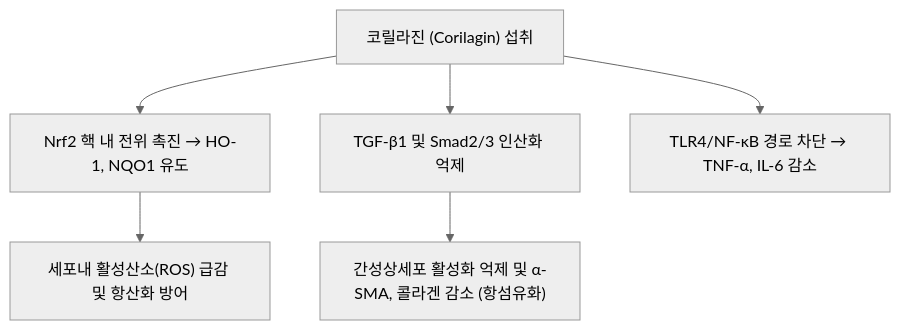
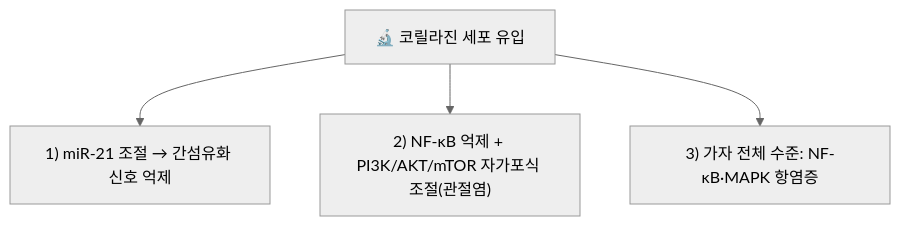
The diagram in content/2. 약리 공부/약리성분/06_페놀_리그난_탄닌/코릴라진.md (simbio11/simbio-digital-garden2), drawn with Mermaid (neutral theme) before and after one commit. The commit also changed other lines of this file and 369 other files, not shown here.

````diff
--- a/content/2. 약리 공부/약리성분/06_페놀_리그난_탄닌/코릴라진.md
+++ b/content/2. 약리 공부/약리성분/06_페놀_리그난_탄닌/코릴라진.md
@@ -43,8 +65,6 @@
 ```mermaid
-flowchart TD
-    A["코릴라진 (Corilagin) 섭취"] --> B["Nrf2 핵 내 전위 촉진 → HO-1, NQO1 유도"]
-    B --> C["세포내 활성산소(ROS) 급감 및 항산화 방어"]
-    A --> D["TGF-β1 및 Smad2/3 인산화 억제"]
-    D --> E["간성상세포 활성화 억제 및 α-SMA, 콜라겐 감소 (항섬유화)"]
-    A --> F["TLR4/NF-κB 경로 차단 → TNF-α, IL-6 감소"]
+graph TD
+    Compound["🔬 코릴라진 세포 유입"] --> Target1["1) miR-21 조절 → 간섬유화 신호 억제"]
+    Compound --> Target2["2) NF-κB 억제 + PI3K/AKT/mTOR 자가포식 조절(관절염)"]
+    Compound --> Target3["3) 가자 전체 수준: NF-κB·MAPK 항염증"]
 ```
````
